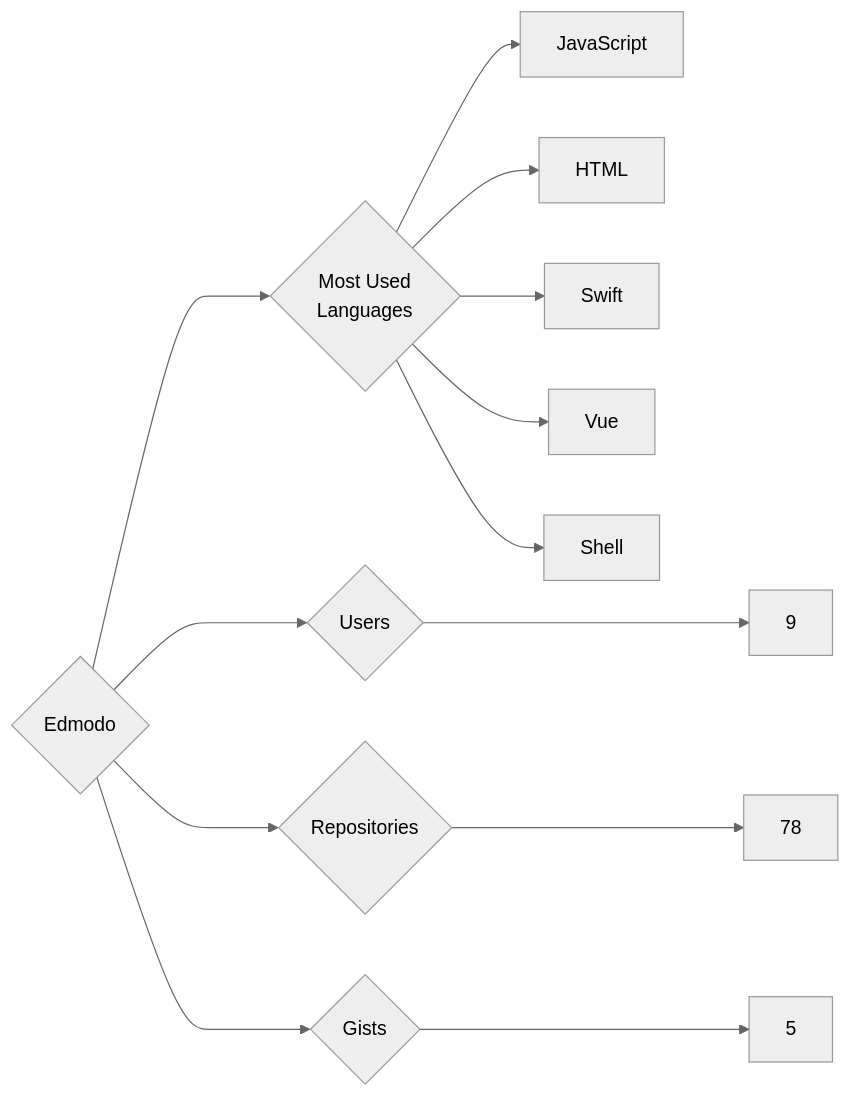
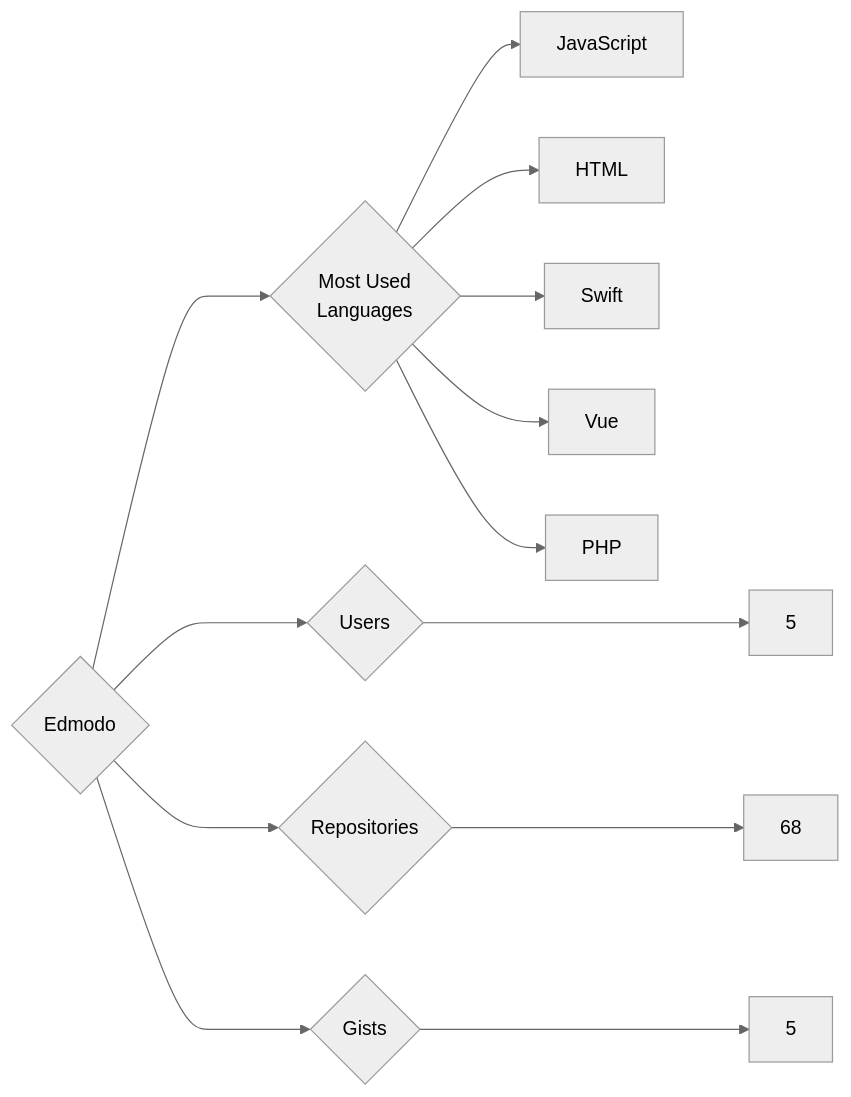
The diagram in targets/Edmodo/README.md (trickest/insiders), drawn with Mermaid (neutral theme) before and after one commit. The commit also changed 1092 other files, not shown here.

````diff
--- a/targets/Edmodo/README.md
+++ b/targets/Edmodo/README.md
@@ -3,13 +3,13 @@
 ```mermaid
 graph LR
 COMPANY_NAME{Edmodo}
-COMPANY_NAME ---> U{Users} ---> UN[9]
-COMPANY_NAME ---> R{Repositories} ---> RN[78]
+COMPANY_NAME ---> U{Users} ---> UN[5]
+COMPANY_NAME ---> R{Repositories} ---> RN[68]
 COMPANY_NAME ---> G{Gists} ---> GN[5]
 COMPANY_NAME ---> ML{Most Used<br>Languages}
 ML --> JavaScript[JavaScript]
 ML --> HTML[HTML]
 ML --> Swift[Swift]
 ML --> Vue[Vue]
-ML --> Shell[Shell]
+ML --> PHP[PHP]
 ```
````
